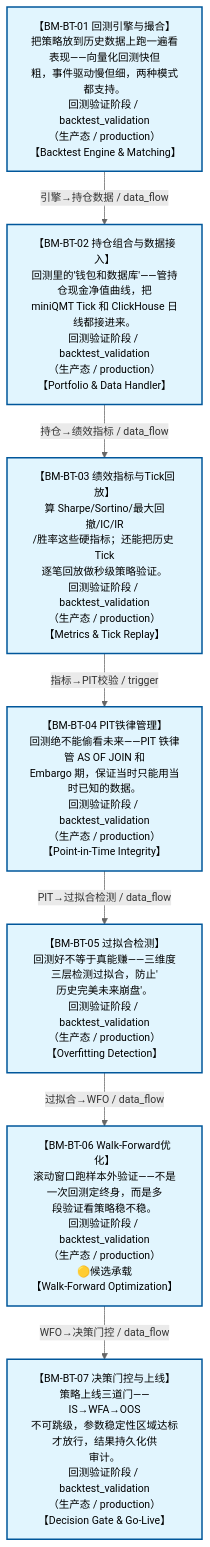
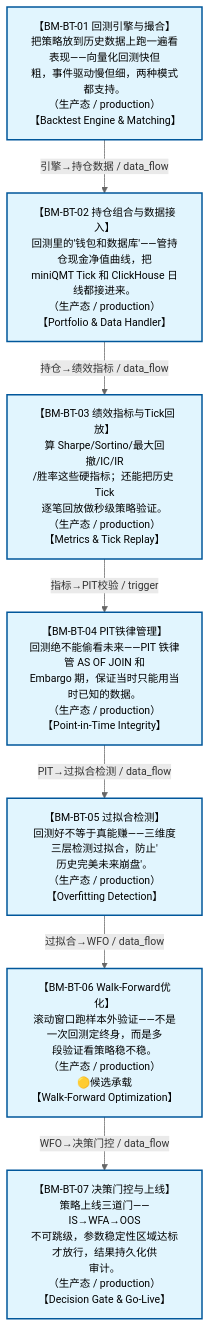
The diagram in docs/02_enterprise_architecture/07_trading_decision_architecture/battle_map/battle_map_03_backtest_validation.md (xuanFelixVan/ZephyrAlpha), drawn with Mermaid before and after one commit. The commit also changed 173 other files, not shown here.

````diff
--- a/docs/02_enterprise_architecture/07_trading_decision_architecture/battle_map/battle_map_03_backtest_validation.md
+++ b/docs/02_enterprise_architecture/07_trading_decision_architecture/battle_map/battle_map_03_backtest_validation.md
@@ -38,24 +38,24 @@
 ```mermaid
 %%{init: {'theme': 'base', 'themeVariables': {'primaryColor': '#eaeaea', 'primaryTextColor': '#333333', 'primaryBorderColor': '#666666', 'lineColor': '#666666', 'secondaryColor': '#eaeaea', 'tertiaryColor': '#eaeaea', 'clusterBkg': 'transparent', 'clusterBorder': 'transparent', 'fontSize': '14px'}}}%%
 %% 回测验证阶段图
 flowchart TD
-    BM_BT_01["【BM-BT-01 回测引擎与撮合】<br/>把策略放到历史数据上跑一遍看表现——向量化回测快但<br/>粗，事件驱动慢但细，两种模式都支持。<br/>回测验证阶段 / backtest_validation<br/>（生产态 / production）<br/>【Backtest Engine &amp; Matching】"]
-    BM_BT_02["【BM-BT-02 持仓组合与数据接入】<br/>回测里的'钱包和数据库'——管持仓现金净值曲线，把<br/>miniQMT Tick 和 ClickHouse 日线都接进来。<br/>回测验证阶段 / backtest_validation<br/>（生产态 / production）<br/>【Portfolio &amp; Data Handler】"]
-    BM_BT_03["【BM-BT-03 绩效指标与Tick回放】<br/>算 Sharpe/Sortino/最大回撤/IC/IR<br/>/胜率这些硬指标；还能把历史 Tick<br/>逐笔回放做秒级策略验证。<br/>回测验证阶段 / backtest_validation<br/>（生产态 / production）<br/>【Metrics &amp; Tick Replay】"]
-    BM_BT_04["【BM-BT-04 PIT铁律管理】<br/>回测绝不能偷看未来——PIT 铁律管 AS OF JOIN 和<br/>Embargo 期，保证当时只能用当时已知的数据。<br/>回测验证阶段 / backtest_validation<br/>（生产态 / production）<br/>【Point-in-Time Integrity】"]
-    BM_BT_05["【BM-BT-05 过拟合检测】<br/>回测好不等于真能赚——三维度三层检测过拟合，防止'<br/>历史完美未来崩盘'。<br/>回测验证阶段 / backtest_validation<br/>（生产态 / production）<br/>【Overfitting Detection】"]
-    BM_BT_06["【BM-BT-06 Walk-Forward优化】<br/>滚动窗口跑样本外验证——不是一次回测定终身，而是多<br/>段验证看策略稳不稳。<br/>回测验证阶段 / backtest_validation<br/>（生产态 / production）<br/>🟡候选承载<br/>【Walk-Forward Optimization】"]
-    BM_BT_07["【BM-BT-07 决策门控与上线】<br/>策略上线三道门——IS→WFA→OOS<br/>不可跳级，参数稳定性区域达标才放行，结果持久化供<br/>审计。<br/>回测验证阶段 / backtest_validation<br/>（生产态 / production）<br/>【Decision Gate &amp; Go-Live】"]
+    BM_BT_01["【BM-BT-01 回测引擎与撮合】<br/>把策略放到历史数据上跑一遍看表现——向量化回测快但<br/>粗，事件驱动慢但细，两种模式都支持。<br/>（生产态 / production）<br/>【Backtest Engine &amp; Matching】"]
+    BM_BT_02["【BM-BT-02 持仓组合与数据接入】<br/>回测里的'钱包和数据库'——管持仓现金净值曲线，把<br/>miniQMT Tick 和 ClickHouse 日线都接进来。<br/>（生产态 / production）<br/>【Portfolio &amp; Data Handler】"]
+    BM_BT_03["【BM-BT-03 绩效指标与Tick回放】<br/>算 Sharpe/Sortino/最大回撤/IC/IR<br/>/胜率这些硬指标；还能把历史 Tick<br/>逐笔回放做秒级策略验证。<br/>（生产态 / production）<br/>【Metrics &amp; Tick Replay】"]
+    BM_BT_04["【BM-BT-04 PIT铁律管理】<br/>回测绝不能偷看未来——PIT 铁律管 AS OF JOIN 和<br/>Embargo 期，保证当时只能用当时已知的数据。<br/>（生产态 / production）<br/>【Point-in-Time Integrity】"]
+    BM_BT_05["【BM-BT-05 过拟合检测】<br/>回测好不等于真能赚——三维度三层检测过拟合，防止'<br/>历史完美未来崩盘'。<br/>（生产态 / production）<br/>【Overfitting Detection】"]
+    BM_BT_06["【BM-BT-06 Walk-Forward优化】<br/>滚动窗口跑样本外验证——不是一次回测定终身，而是多<br/>段验证看策略稳不稳。<br/>（生产态 / production）<br/>🟡候选承载<br/>【Walk-Forward Optimization】"]
+    BM_BT_07["【BM-BT-07 决策门控与上线】<br/>策略上线三道门——IS→WFA→OOS<br/>不可跳级，参数稳定性区域达标才放行，结果持久化供<br/>审计。<br/>（生产态 / production）<br/>【Decision Gate &amp; Go-Live】"]
     BM_BT_01 -->|引擎→持仓数据 / data_flow| BM_BT_02
     BM_BT_02 -->|持仓→绩效指标 / data_flow| BM_BT_03
     BM_BT_03 -->|指标→PIT校验 / trigger| BM_BT_04
     BM_BT_04 -->|PIT→过拟合检测 / data_flow| BM_BT_05
     BM_BT_05 -->|过拟合→WFO / data_flow| BM_BT_06
     BM_BT_06 -->|WFO→决策门控 / data_flow| BM_BT_07
 classDef production fill:#e1f5fe,stroke:#01579b,stroke-width:2px,color:#000
 classDef design fill:#fff3e0,stroke:#e65100,stroke-width:2px,color:#000,stroke-dasharray: 5 5
 classDef deprecated fill:#ffebee,stroke:#c62828,stroke-width:2px,color:#000
 classDef missing fill:#eeeeee,stroke:#9e9e9e,stroke-width:2px,color:#000
 classDef candidate fill:#fffde7,stroke:#f9a825,stroke-width:2px,color:#000,stroke-dasharray: 5 5
     class BM_BT_01,BM_BT_02,BM_BT_03,BM_BT_04,BM_BT_05,BM_BT_06,BM_BT_07 production
 ```
````
